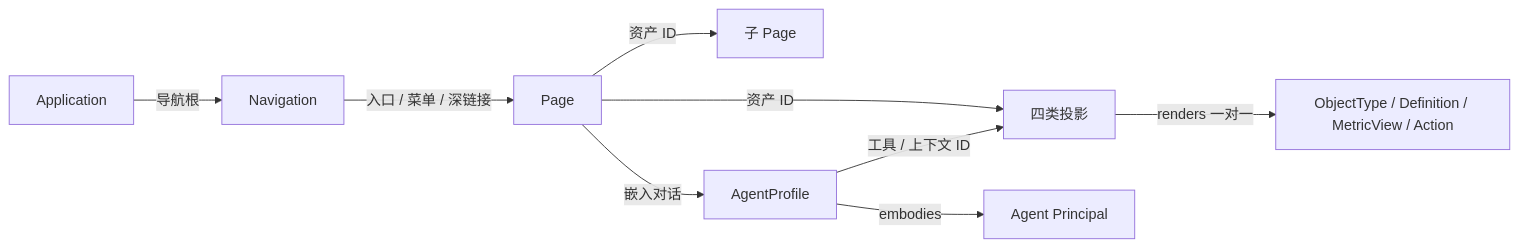
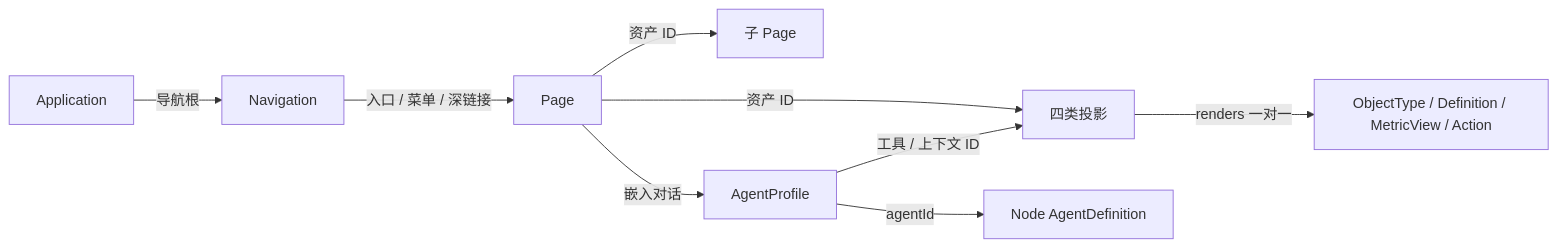
One commit to ontomato-ai/Ontomato changed the diagram in docs/产品层设计与整合说明.md. Above: the diagram before and after it, drawn with Mermaid. The commit also changed other lines of this file and 6 other files, not shown here.

Commit message:
docs: retire principal guidance and align agent settings references

````diff
--- a/docs/产品层设计与整合说明.md
+++ b/docs/产品层设计与整合说明.md
@@ -22,11 +22,11 @@
 ```mermaid
 flowchart LR
   App[Application] -->|导航根| Nav[Navigation]
   Nav -->|入口 / 菜单 / 深链接| Page[Page]
   Page -->|资产 ID| Sub[子 Page]
   Page -->|资产 ID| Projection[四类投影]
   Page -->|嵌入对话| Profile[AgentProfile]
   Profile -->|工具 / 上下文 ID| Projection
-  Profile -->|embodies| Principal[Agent Principal]
+  Profile -->|agentId| Agent[Node AgentDefinition]
   Projection -->|renders 一对一| Ontology[ObjectType / Definition / MetricView / Action]
 ```
````
